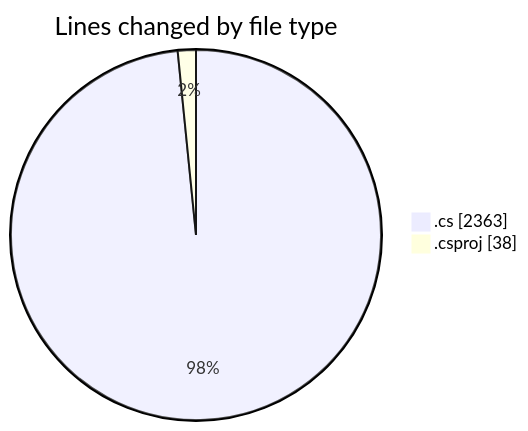
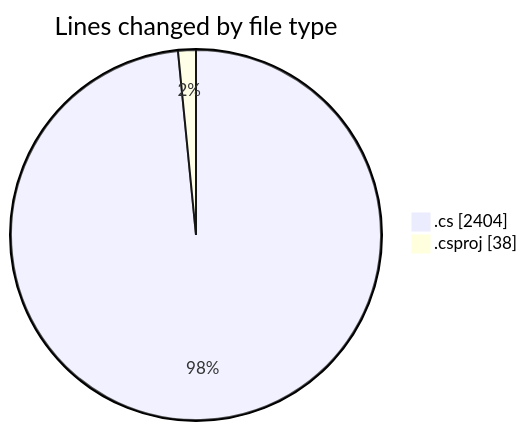
One commit to Netris89/code-tracking changed the first of 2 diagrams in 2025-04-02/back-end/README.md. Above: the diagram before and after it, drawn with Mermaid. The commit also changed other lines of this file and 1 other file, not shown here.

````diff
--- a/2025-04-02/back-end/README.md
+++ b/2025-04-02/back-end/README.md
@@ -31,6 +31,6 @@
 ```mermaid
 pie showData
 title Lines changed by file type
-".cs" : 2363
+".cs" : 2404
 ".csproj" : 38
 ```
````
